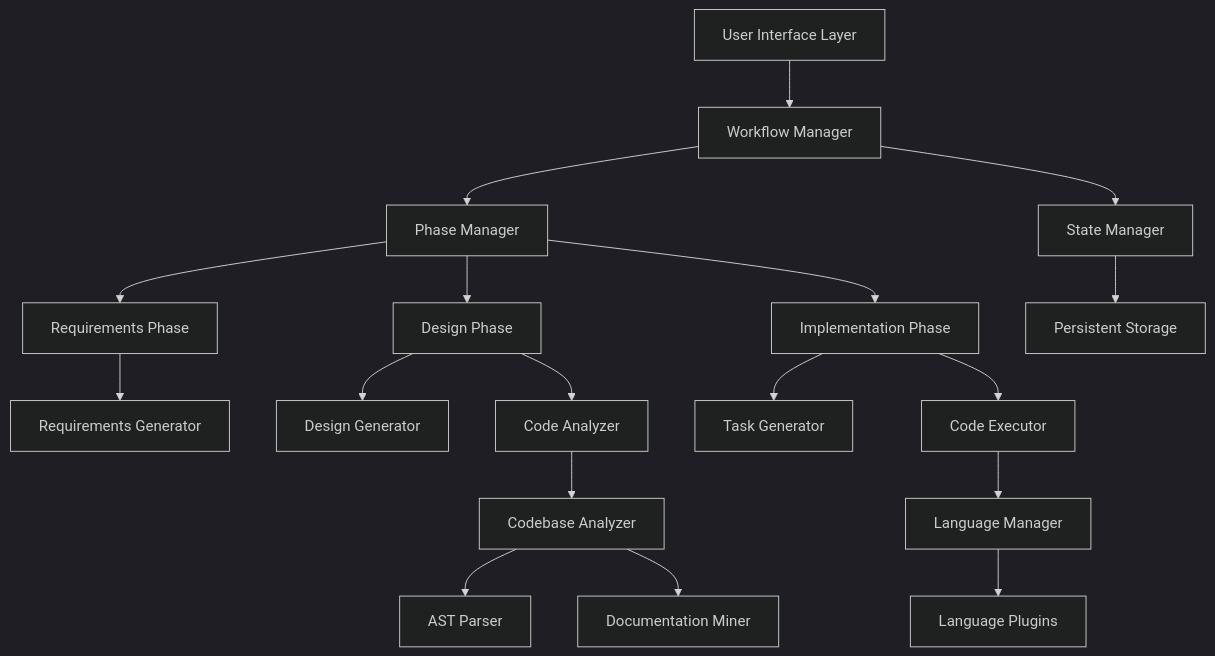
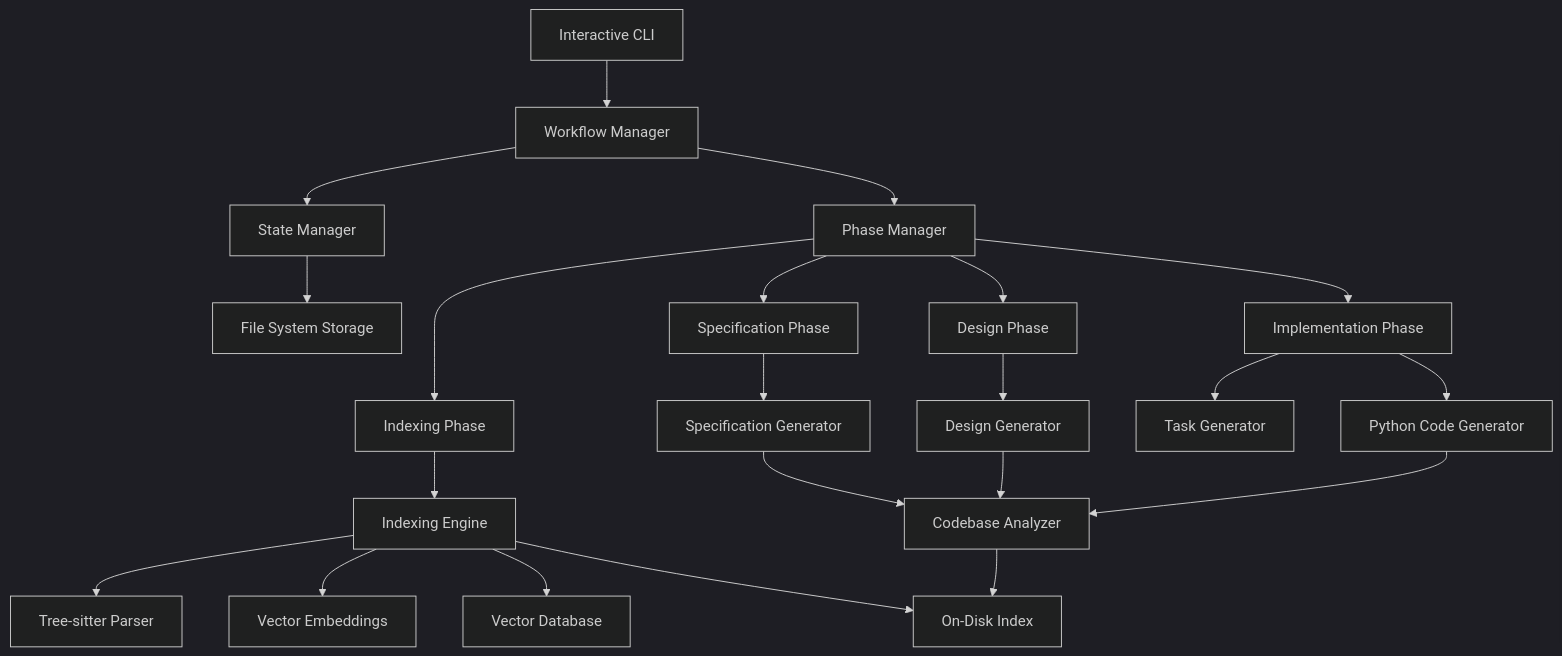
The diagram in .kiro/specs/dev-agent-spec-system/design.md (chmanoj/dev-agent), drawn with Mermaid (dark theme) before and after one commit. The commit also changed other lines of this file and 2 other files, not shown here.

````diff
--- a/.kiro/specs/dev-agent-spec-system/design.md
+++ b/.kiro/specs/dev-agent-spec-system/design.md
@@ -13,24 +13,30 @@
 ```mermaid
 graph TB
-    UI[User Interface Layer] --> WM[Workflow Manager]
+    CLI[Interactive CLI] --> WM[Workflow Manager]
     WM --> SM[State Manager]
     WM --> PM[Phase Manager]
     
-    PM --> RP[Requirements Phase]
+    PM --> IP[Indexing Phase]
+    PM --> SP[Specification Phase]
     PM --> DP[Design Phase] 
-    PM --> IP[Implementation Phase]
+    PM --> IMP[Implementation Phase]
     
-    RP --> RG[Requirements Generator]
+    IP --> IE[Indexing Engine]
+    IE --> TP[Tree-sitter Parser]
+    IE --> VE[Vector Embeddings]
+    IE --> VDB[Vector Database]
+    
+    SP --> SG[Specification Generator]
     DP --> DG[Design Generator]
-    DP --> CA[Code Analyzer]
-    IP --> TG[Task Generator]
-    IP --> CE[Code Executor]
+    IMP --> TG[Task Generator]
+    IMP --> PG[Python Code Generator]
     
-    SM --> PS[Persistent Storage]
-    CE --> LM[Language Manager]
-    LM --> LP[Language Plugins]
+    SM --> FS[File System Storage]
+    IE --> IDX[On-Disk Index]
     
-    CA --> CB[Codebase Analyzer]
-    CB --> AST[AST Parser]
-    CB --> DM[Documentation Miner]
+    SG --> CA[Codebase Analyzer]
+    DG --> CA
+    PG --> CA
+    
+    CA --> IDX
 ```
````
